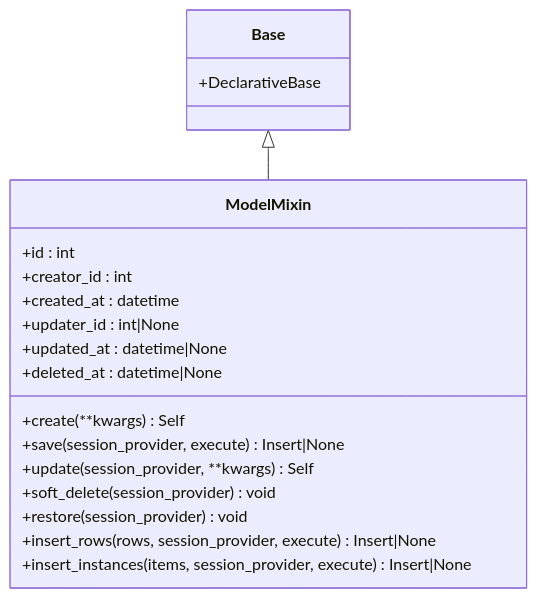
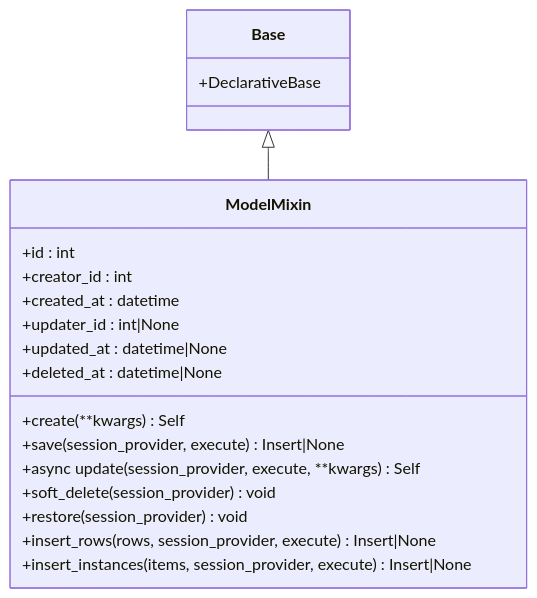
One commit to lilinzezzzzzz/fastapi-backend changed the sixth of 10 diagrams in .qoder/repowiki/zh/content/数据库集成/数据库集成.md. Above: the diagram before and after it, drawn with Mermaid. The commit also changed other lines of this file and 42 other files, not shown here.

````diff
--- a/.qoder/repowiki/zh/content/数据库集成/数据库集成.md
+++ b/.qoder/repowiki/zh/content/数据库集成/数据库集成.md
@@ -224,22 +332,22 @@
 ```mermaid
 classDiagram
 class Base {
 +DeclarativeBase
 }
 class ModelMixin {
 +id : int
 +creator_id : int
 +created_at : datetime
 +updater_id : int|None
 +updated_at : datetime|None
 +deleted_at : datetime|None
 +create(**kwargs) Self
 +save(session_provider, execute) Insert|None
-+update(session_provider, **kwargs) Self
++async update(session_provider, execute, **kwargs) Self
 +soft_delete(session_provider) void
 +restore(session_provider) void
 +insert_rows(rows, session_provider, execute) Insert|None
 +insert_instances(items, session_provider, execute) Insert|None
 }
 Base <|-- ModelMixin
 ```
````
